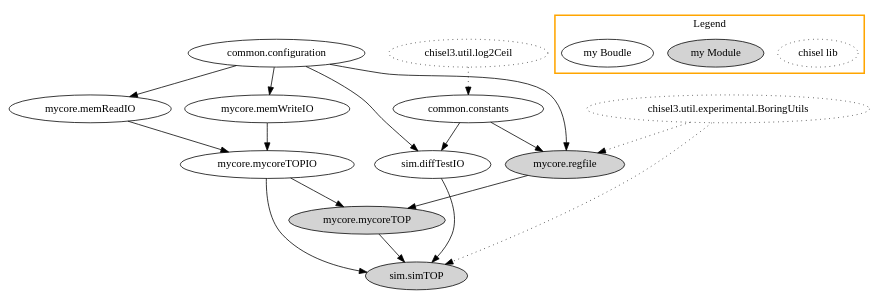
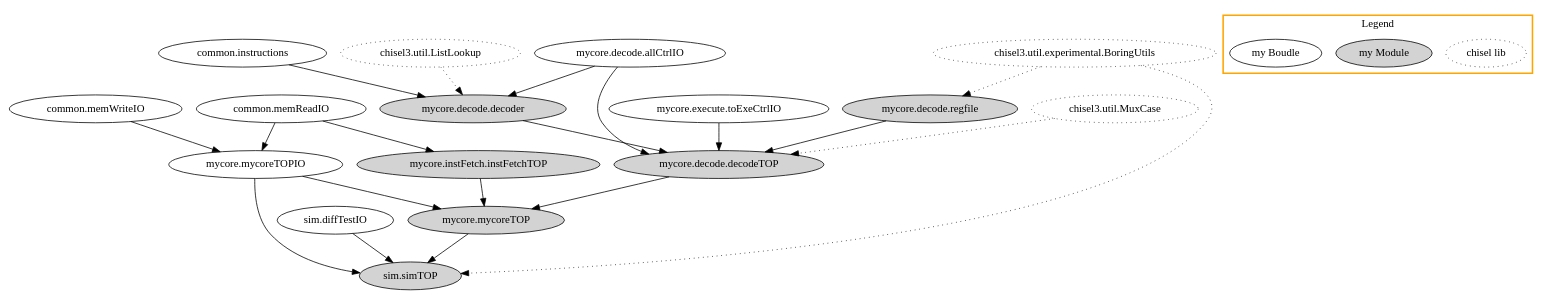
Before and after one commit to yuhengy/coredesign: the diagram in documents/dependChain-chisel.gv, drawn with Graphviz. The commit also changed 18 other files, not shown here.

```diff
--- a/documents/dependChain-chisel.gv
+++ b/documents/dependChain-chisel.gv
@@ -1,36 +1,52 @@
 digraph G {
-  "common.configuration" -> "mycore.regfile", "sim.diffTestIO", "mycore.memReadIO", "mycore.memWriteIO";
-  "common.constants" -> "mycore.regfile", "sim.diffTestIO";
-  "mycore.regfile" -> "mycore.mycoreTOP";
+  //"common.configuration" -> "mycore.decode.regfile", "sim.diffTestIO", "common.memReadIO", "common.memWriteIO", "mycore.instFetch.instFetchTOP", "mycore.decode.decodeTOP";
+  //"common.constants" -> "mycore.decode.regfile", "sim.diffTestIO", "mycore.instFetch.instFetchTOP", "mycore.decode.decoder", "mycore.decode.decodeTOP";
+  "common.instructions" -> "mycore.decode.decoder";
+  "mycore.decode.regfile" -> "mycore.decode.decodeTOP";
   "mycore.mycoreTOP" -> "sim.simTOP";
   "sim.diffTestIO" -> "sim.simTOP";
 
-  "mycore.memReadIO" -> "mycore.mycoreTOPIO";
-  "mycore.memWriteIO" -> "mycore.mycoreTOPIO";
+  "common.memReadIO" -> "mycore.mycoreTOPIO", "mycore.instFetch.instFetchTOP";
+  "common.memWriteIO" -> "mycore.mycoreTOPIO";
   "mycore.mycoreTOPIO" -> "mycore.mycoreTOP", "sim.simTOP";
 
-  "chisel3.util.experimental.BoringUtils" [style=dotted]
-  "chisel3.util.log2Ceil" [style=dotted]
-  "chisel3.util.experimental.BoringUtils" -> "mycore.regfile", "sim.simTOP" [style=dotted];
-  "chisel3.util.log2Ceil" -> "common.constants" [style=dotted]
+  "chisel3.util.experimental.BoringUtils" [style=dotted];
+  //"chisel3.util.log2Ceil" [style=dotted];
+  "chisel3.util.ListLookup" [style=dotted];
+  "chisel3.util.MuxCase" [style=dotted];
+  "chisel3.util.experimental.BoringUtils" -> "mycore.decode.regfile", "sim.simTOP" [style=dotted];
+  //"chisel3.util.log2Ceil" -> "common.constants" [style=dotted];
+  "chisel3.util.ListLookup" -> "mycore.decode.decoder" [style=dotted];
+  "chisel3.util.MuxCase" -> "mycore.decode.decodeTOP" [style=dotted];
 
-  "mycore.regfile" [style=filled];
+  "sim.simTOP" [style=filled];
   "mycore.mycoreTOP" [style=filled];
-  "sim.simTOP" [style=filled];
+  "mycore.instFetch.instFetchTOP" [style=filled];
+  "mycore.decode.decodeTOP" [style=filled];
+  "mycore.decode.regfile" [style=filled];
+  "mycore.decode.decoder" [style=filled];
+  "mycore.instFetch.instFetchTOP" -> "mycore.mycoreTOP";
+  "mycore.decode.decodeTOP" -> "mycore.mycoreTOP";
+
+  "mycore.decode.allCtrlIO" -> "mycore.decode.decoder", "mycore.decode.decodeTOP";
+  "mycore.decode.decoder" -> "mycore.decode.decodeTOP";
+  "mycore.execute.toExeCtrlIO" -> "mycore.decode.decodeTOP";
+
 
   // Legend
   subgraph cluster1 {
     "chisel lib" [style=dotted];
     "my Module" [style=filled];
     "my Boudle";
 
     label = "Legend";
     style=bold;
     color = "orange";
   }
 }
 
 // TODO: Add main Object `elaborate` which is runned by sbt to generate .v files.
 //       This will be helpful to keep *how sbt works* in mind .
 
 // NOTE: We ignore `chisel3._` for simplicity and ignore `scala.language.reflectiveCalls`
+// NOTE: We remove "common.configuration" and "common.constants" for simplicity.
```
